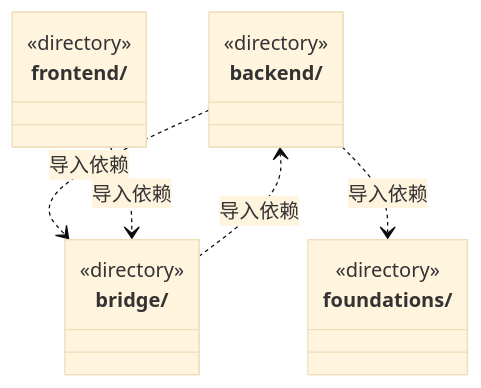
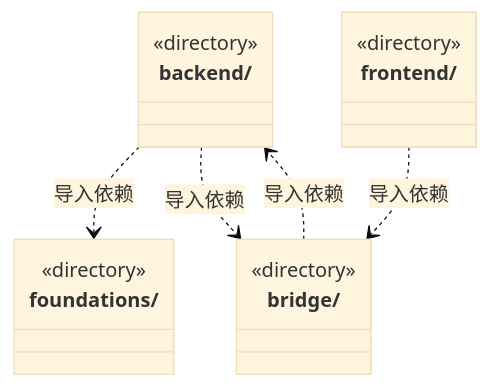
The diagram in src/ARCHITECTURE.md (nan023062/cbim), drawn with Mermaid (base theme) before and after one commit. The commit also changed other lines of this file and 98 other files, not shown here.

````diff
--- a/src/ARCHITECTURE.md
+++ b/src/ARCHITECTURE.md
@@ -15,19 +15,19 @@
 ```mermaid
 classDiagram
 class N_src_backend["backend/"] {
   <<directory>>
 }
 class N_src_bridge["bridge/"] {
   <<directory>>
 }
 class N_src_foundations["foundations/"] {
   <<directory>>
 }
 class N_src_frontend["frontend/"] {
   <<directory>>
 }
+N_src_backend ..> N_src_foundations : 导入依赖
 N_src_backend ..> N_src_bridge : 导入依赖
-N_src_backend ..> N_src_foundations : 导入依赖
 N_src_bridge ..> N_src_backend : 导入依赖
 N_src_frontend ..> N_src_bridge : 导入依赖
 ```
````
